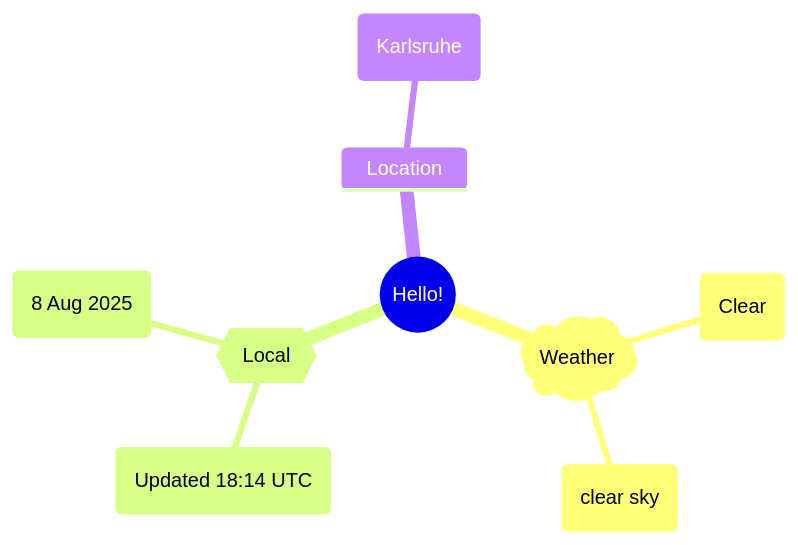
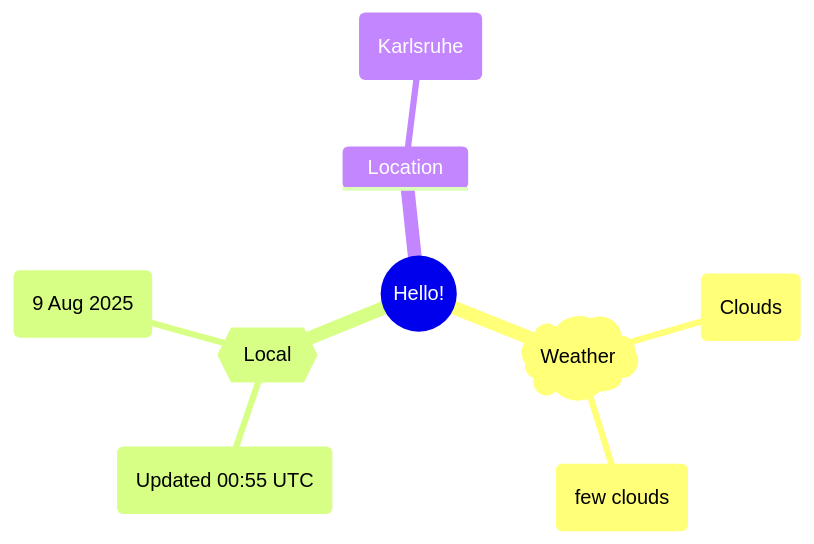
One commit to Xosrov/Xosrov changed the first of 2 diagrams in README.md. Above: the diagram before and after it, drawn with Mermaid.

Commit message:
[bot] updated images

````diff
--- a/README.md
+++ b/README.md
@@ -3,12 +3,12 @@
 ```mermaid
 mindmap
   root((Hello!))
     )Weather(
-        (Clear)
-        (clear sky)
+        (Clouds)
+        (few clouds)
     {{Local}}
-        (Updated 18:14 UTC)
-        (8 Aug 2025)
+        (Updated 00:55 UTC)
+        (9 Aug 2025)
     Location
         (Karlsruhe)
 ```
````
